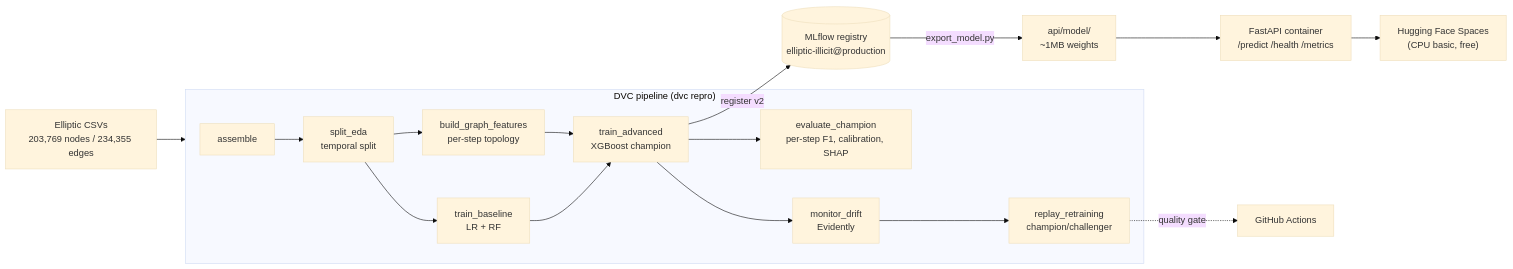
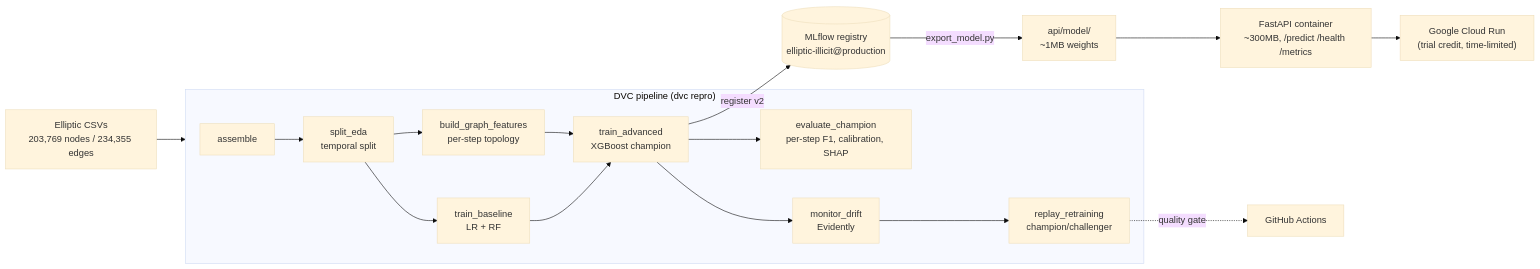
The diagram in README.md (mahendra-kausik/ellipticGuard), drawn with Mermaid (base theme) before and after one commit. The commit also changed other lines of this file and 11 other files, not shown here.

````diff
--- a/README.md
+++ b/README.md
@@ -27,19 +27,19 @@
 ```mermaid
 flowchart LR
     RAW["Elliptic CSVs<br/>203,769 nodes / 234,355 edges"] --> DVC
     subgraph DVC["DVC pipeline (dvc repro)"]
         A[assemble] --> S[split_eda<br/>temporal split]
         S --> B[train_baseline<br/>LR + RF]
         S --> G[build_graph_features<br/>per-step topology]
         G --> X[train_advanced<br/>XGBoost champion]
         B --> X
         X --> E[evaluate_champion<br/>per-step F1, calibration, SHAP]
         X --> M[monitor_drift<br/>Evidently]
         M --> R[replay_retraining<br/>champion/challenger]
     end
     X -->|register v2| REG[("MLflow registry<br/>elliptic-illicit@production")]
     REG -->|export_model.py| W["api/model/<br/>~1MB weights"]
-    W --> API["FastAPI container<br/>/predict /health /metrics"]
-    API --> HF["Hugging Face Spaces<br/>(CPU basic, free)"]
+    W --> API["FastAPI container<br/>~300MB, /predict /health /metrics"]
+    API --> CR["Google Cloud Run<br/>(trial credit, time-limited)"]
     R -.->|quality gate| CI["GitHub Actions"]
 ```
````
